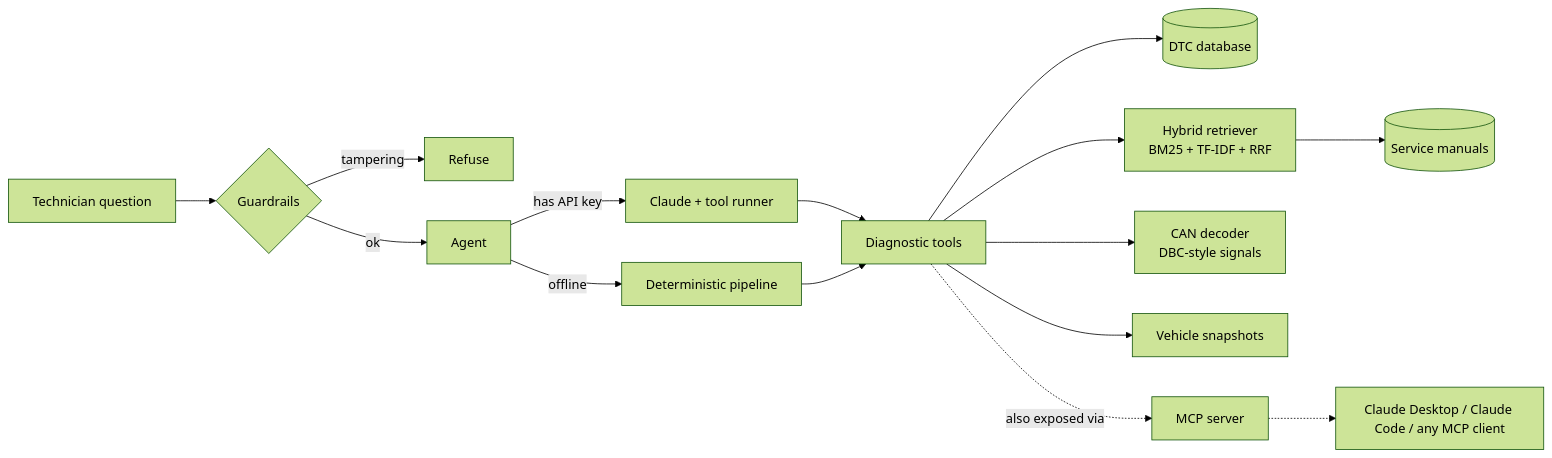
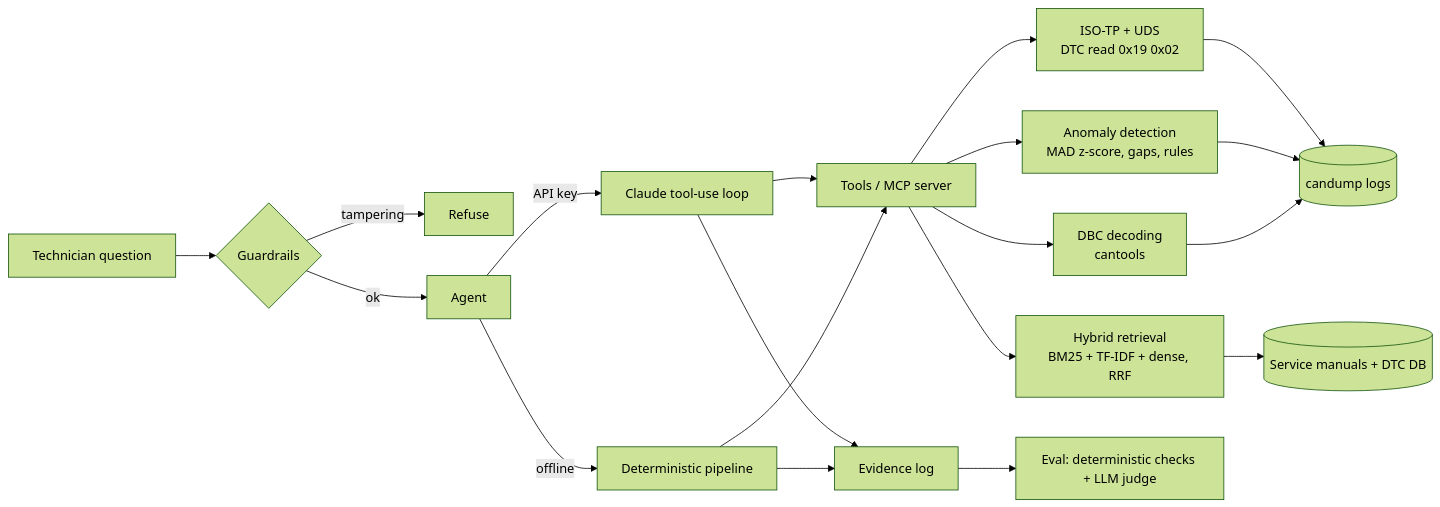
One commit to deeepiizz/autodiag-copilot changed the diagram in README.md. Above: the diagram before and after it, drawn with Mermaid (forest theme). The commit also changed other lines of this file and 15 other files, not shown here.

First line of the commit message:
Evaluation and dense retrieval: held-out set, LLM-as-judge, CI regression checks, LSA + optional neural retrieval

````diff
--- a/README.md
+++ b/README.md
@@ -18,16 +25,16 @@
 ```mermaid
 flowchart LR
-    U[Technician question] --> G{Guardrails}
+    Q[Technician question] --> G{Guardrails}
     G -- tampering --> R[Refuse]
     G -- ok --> A[Agent]
-    A -- has API key --> C[Claude + tool runner]
+    A -- API key --> C[Claude tool-use loop]
     A -- offline --> O[Deterministic pipeline]
-    C & O --> T[Diagnostic tools]
-    T --> D[(DTC database)]
-    T --> S[Hybrid retriever<br/>BM25 + TF-IDF + RRF]
-    T --> V[CAN decoder<br/>DBC-style signals]
-    T --> VS[Vehicle snapshots]
-    S --> M[(Service manuals)]
-    T -. also exposed via .-> MCP[MCP server]
-    MCP -.-> CD[Claude Desktop / Claude Code / any MCP client]
+    C & O --> T[Tools / MCP server]
+    T --> UDS[ISO-TP + UDS<br/>DTC read 0x19 0x02]
+    T --> AN[Anomaly detection<br/>MAD z-score, gaps, rules]
+    T --> DBC[DBC decoding<br/>cantools]
+    T --> RAG[Hybrid retrieval<br/>BM25 + TF-IDF + dense, RRF]
+    UDS & AN & DBC --> LOG[(candump logs)]
+    RAG --> KB[(Service manuals + DTC DB)]
+    C & O --> EV[Evidence log] --> J[Eval: deterministic checks + LLM judge]
 ```
````
